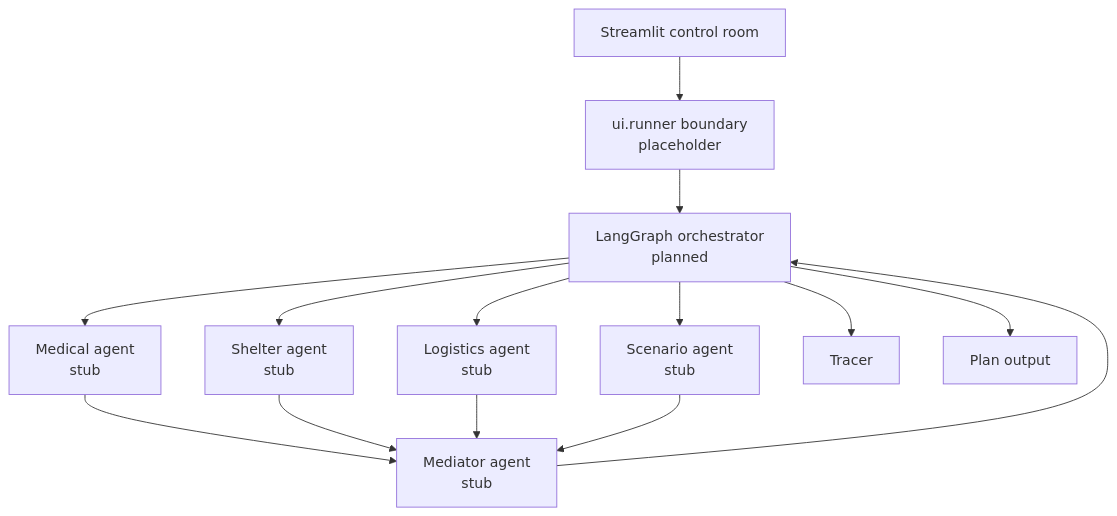
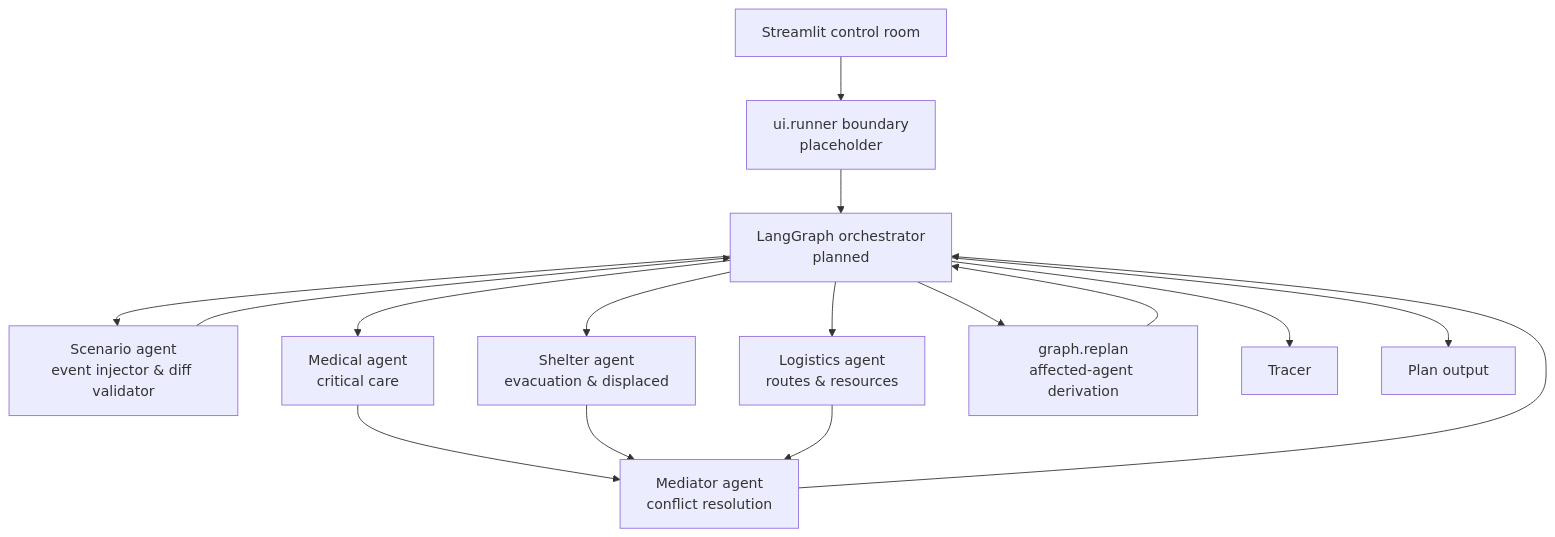
The diagram in docs/DESIGN.md (Sreenair-1/Disaster_Relief_Resource_Negotiator), drawn with Mermaid before and after one commit. The commit also changed other lines of this file and 7 other files, not shown here.

Commit message:
fix(scenario): event patches must change state

````diff
--- a/docs/DESIGN.md
+++ b/docs/DESIGN.md
@@ -5,16 +5,18 @@
 ```mermaid
 flowchart TD
   UI[Streamlit control room] --> R[ui.runner boundary<br/>placeholder]
   R --> G[LangGraph orchestrator<br/>planned]
-  G --> S[Scenario agent<br/>stub]
-  G --> M[Medical agent<br/>stub]
-  G --> H[Shelter agent<br/>stub]
-  G --> L[Logistics agent<br/>stub]
-  M --> X[Mediator agent<br/>stub]
+  G --> S[Scenario agent<br/>event injector & diff validator]
+  G --> M[Medical agent<br/>critical care]
+  G --> H[Shelter agent<br/>evacuation & displaced]
+  G --> L[Logistics agent<br/>routes & resources]
+  M --> X[Mediator agent<br/>conflict resolution]
   H --> X
   L --> X
-  S --> X
+  S --> G
+  G --> RP[graph.replan<br/>affected-agent derivation]
+  RP --> G
   X --> G
   G --> T[Tracer]
   G --> O[Plan output]
 ```
````
